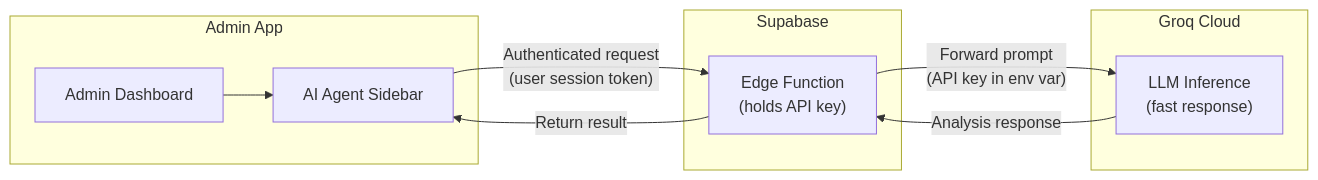
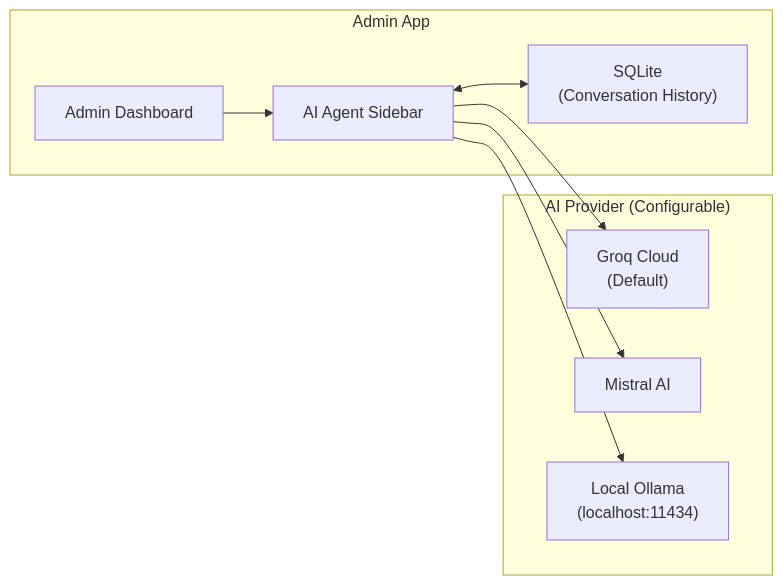
The first of 3 diagrams in docs/08-ai-analytics.md (BootlegYouki/at-iba-pa-pos), drawn with Mermaid before and after one commit. The commit also changed other lines of this file and 4 other files, not shown here.

Commit message:
feat: Add documentation for the multi-provider AI agent, user guide, and export reports, and update the README.

````diff
--- a/docs/08-ai-analytics.md
+++ b/docs/08-ai-analytics.md
@@ -13,21 +13,20 @@
 ```mermaid
 flowchart LR
     subgraph AdminApp["Admin App"]
         UI["Admin Dashboard"]
         Sidebar["AI Agent Sidebar"]
+        DB["SQLite\n(Conversation History)"]
     end
 
-    subgraph Supabase["Supabase"]
-        EdgeFn["Edge Function<br/>(holds API key)"]
-    end
-
-    subgraph Groq["Groq Cloud"]
-        LLM["LLM Inference<br/>(fast response)"]
+    subgraph Providers["AI Provider (Configurable)"]
+        Groq["Groq Cloud\n(Default)"]
+        Mistral["Mistral AI"]
+        Local["Local Ollama\n(localhost:11434)"]
     end
 
     UI --> Sidebar
-    Sidebar -->|"Authenticated request<br/>(user session token)"| EdgeFn
-    EdgeFn -->|"Forward prompt<br/>(API key in env var)"| LLM
-    LLM -->|"Analysis response"| EdgeFn
-    EdgeFn -->|"Return result"| Sidebar
+    Sidebar <--> DB
+    Sidebar --> Groq
+    Sidebar --> Mistral
+    Sidebar --> Local
 ```
````
